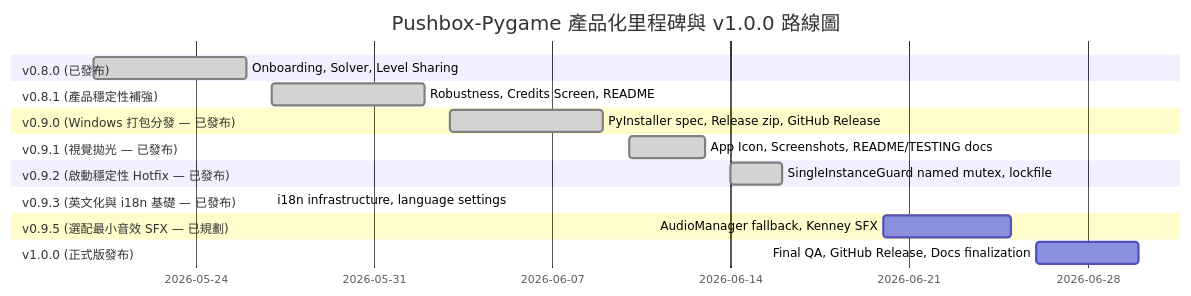
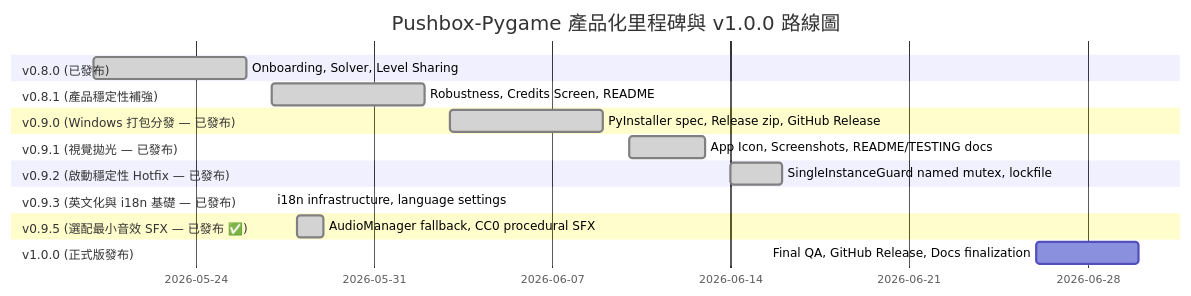
Before and after one commit to YI-TING-EE13/Pushbox-Pygame: the diagram in DEVELOPMENT.md, drawn with Mermaid. The commit also changed other lines of this file and 9 other files, not shown here.

````diff
--- a/DEVELOPMENT.md
+++ b/DEVELOPMENT.md
@@ -167,21 +167,21 @@
 ```mermaid
 gantt
     title Pushbox-Pygame 產品化里程碑與 v1.0.0 路線圖
     dateFormat  YYYY-MM-DD
     section v0.8.0 (已發布)
     Onboarding, Solver, Level Sharing :done, 2026-05-20, 2026-05-26
     section v0.8.1 (產品穩定性補強)
     Robustness, Credits Screen, README :done, 2026-05-27, 2026-06-02
     section v0.9.0 (Windows 打包分發 — 已發布)
     PyInstaller spec, Release zip, GitHub Release :done, 2026-06-03, 2026-06-09
     section v0.9.1 (視覺拋光 — 已發布)
     App Icon, Screenshots, README/TESTING docs :done, 2026-06-10, 2026-06-13
     section v0.9.2 (啟動穩定性 Hotfix — 已發布)
     SingleInstanceGuard named mutex, lockfile :done, 2026-06-14, 2026-06-16
     section v0.9.3 (英文化與 i18n 基礎 — 已發布)
     i18n infrastructure, language settings :done, 2026-05-27, 2026-05-27
-    section v0.9.5 (選配最小音效 SFX — 已規劃)
-    AudioManager fallback, Kenney SFX : 2026-06-20, 2026-06-25
+    section v0.9.5 (選配最小音效 SFX — 已發布 ✅)
+    AudioManager fallback, CC0 procedural SFX :done, 2026-05-28, 2026-05-29
     section v1.0.0 (正式版發布)
     Final QA, GitHub Release, Docs finalization : 2026-06-26, 2026-06-30
 ```
````
